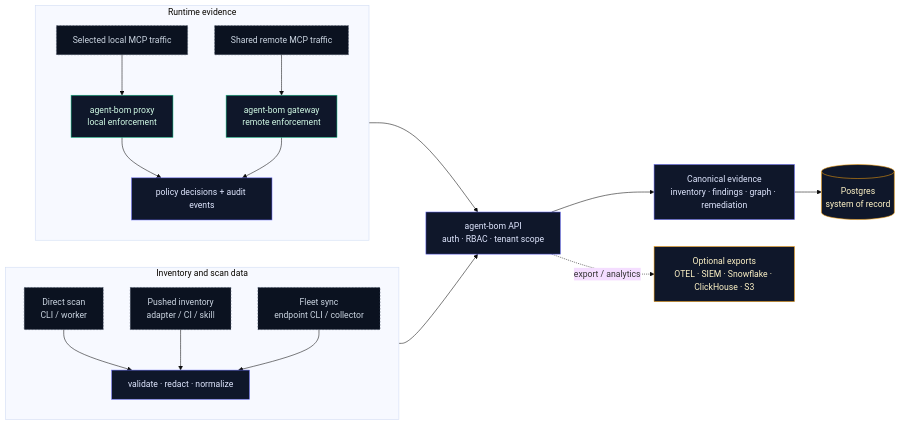
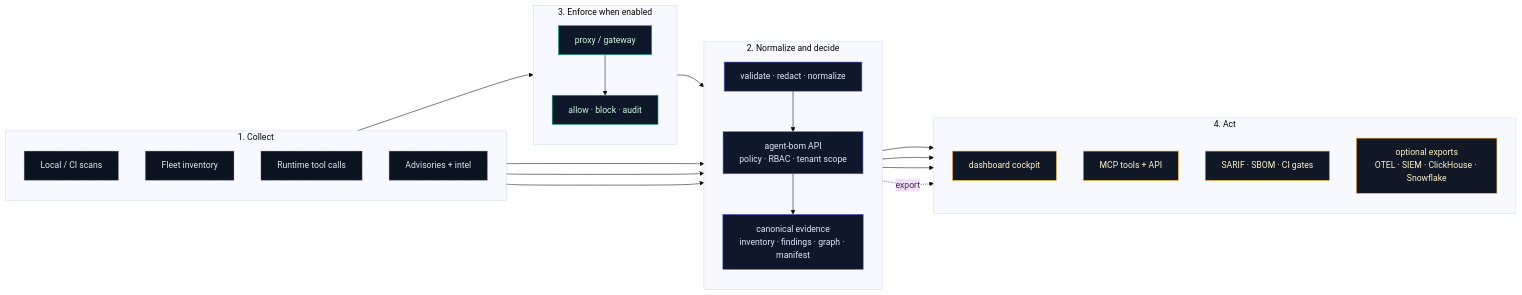
Before and after one commit to msaad00/agent-bom: the second of 2 diagrams in site-docs/deployment/overview.md, drawn with Mermaid (base theme). The commit also changed other lines of this file, not shown here.

First line of the commit message:
docs(deployment): clarify self-hosted workflow diagrams (#2705)

````diff
--- a/site-docs/deployment/overview.md
+++ b/site-docs/deployment/overview.md
@@ -187,42 +163,46 @@
 ```mermaid
 flowchart LR
-    classDef src fill:#0b1220,stroke:#475569,color:#cbd5e1,stroke-dasharray:3 3
-    classDef proc fill:#0f172a,stroke:#6366f1,color:#e0e7ff
+    classDef input fill:#0b1220,stroke:#64748b,color:#e2e8f0,stroke-dasharray:3 3
+    classDef ab fill:#0f172a,stroke:#6366f1,color:#e0e7ff
     classDef run fill:#0f172a,stroke:#10b981,color:#d1fae5
-    classDef data fill:#0f172a,stroke:#f59e0b,color:#fef3c7
+    classDef out fill:#111827,stroke:#f59e0b,color:#fef3c7
 
-    subgraph Inventory["Inventory and scan data"]
+    subgraph Inputs["1. Collect"]
       direction TB
-      Direct["Direct scan<br/>CLI / worker"]:::src
-      Pushed["Pushed inventory<br/>adapter / CI / skill"]:::src
-      Fleet["Fleet sync<br/>endpoint CLI / collector"]:::src
-      Normalize["validate · redact · normalize"]:::proc
-      Direct --> Normalize
-      Pushed --> Normalize
-      Fleet --> Normalize
+      Scan["Local / CI scans"]:::input
+      Fleet["Fleet inventory"]:::input
+      RuntimeEvents["Runtime tool calls"]:::input
+      Intel["Advisories + intel"]:::input
     end
 
-    subgraph RuntimeFlow["Runtime evidence"]
+    subgraph Core["2. Normalize and decide"]
       direction TB
-      LocalMCP["Selected local MCP traffic"]:::src
-      RemoteMCP["Shared remote MCP traffic"]:::src
-      Proxy["agent-bom proxy<br/>local enforcement"]:::run
-      Gateway["agent-bom gateway<br/>remote enforcement"]:::run
-      RuntimeEvents["policy decisions + audit events"]:::proc
-      LocalMCP --> Proxy
-      RemoteMCP --> Gateway
-      Proxy --> RuntimeEvents
-      Gateway --> RuntimeEvents
+      Normalize["validate · redact · normalize"]:::ab
+      API["agent-bom API<br/>policy · RBAC · tenant scope"]:::ab
+      Evidence["canonical evidence<br/>inventory · findings · graph · manifest"]:::ab
     end
 
-    API["agent-bom API<br/>auth · RBAC · tenant scope"]:::proc
-    Evidence["Canonical evidence<br/>inventory · findings · graph · remediation"]:::proc
-    Postgres[("Postgres<br/>system of record")]:::data
-    Export["Optional exports<br/>OTEL · SIEM · Snowflake · ClickHouse · S3"]:::data
+    subgraph RuntimeControl["3. Enforce when enabled"]
+      direction TB
+      Proxy["proxy / gateway"]:::run
+      Decisions["allow · block · audit"]:::run
+    end
 
-    Normalize --> API
-    RuntimeEvents --> API
-    API --> Evidence
-    Evidence --> Postgres
-    API -. export / analytics .-> Export
+    subgraph Outputs["4. Act"]
+      direction TB
+      UI["dashboard cockpit"]:::out
+      MCP["MCP tools + API"]:::out
+      CI["SARIF · SBOM · CI gates"]:::out
+      Analytics["optional exports<br/>OTEL · SIEM · ClickHouse · Snowflake"]:::out
+    end
+
+    Scan --> Normalize
+    Fleet --> Normalize
+    Intel --> Normalize
+    RuntimeEvents --> Proxy --> Decisions --> API
+    Normalize --> API --> Evidence
+    Evidence --> UI
+    Evidence --> MCP
+    Evidence --> CI
+    Evidence -. export .-> Analytics
 ```
````
